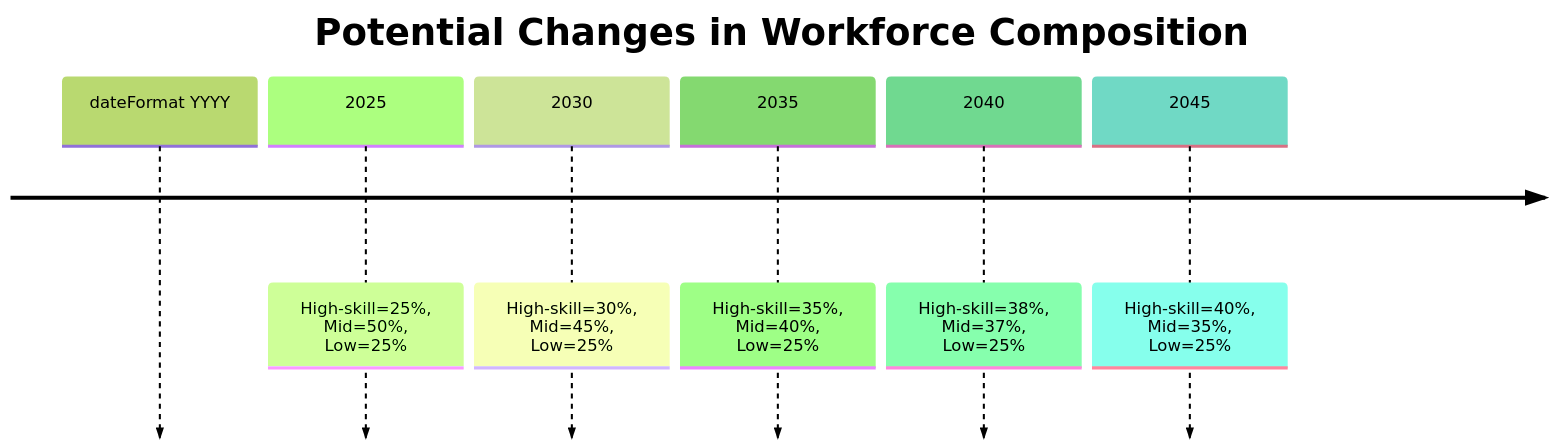
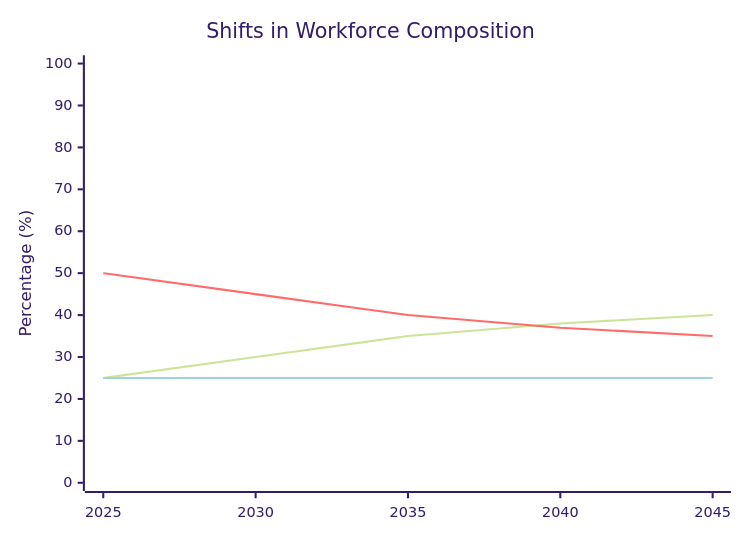
The fourth of 4 diagrams in ai/ai-impact/README.md (andrewmkhoury/notes), drawn with Mermaid (forest theme) before and after one commit. The commit also changed other lines of this file, not shown here.

````diff
--- a/ai/ai-impact/README.md
+++ b/ai/ai-impact/README.md
@@ -195,10 +189,9 @@
 ```mermaid
-timeline
-title Potential Changes in Workforce Composition
-dateFormat YYYY
-2025 : High-skill=25%, Mid=50%, Low=25%
-2030 : High-skill=30%, Mid=45%, Low=25%
-2035 : High-skill=35%, Mid=40%, Low=25%
-2040 : High-skill=38%, Mid=37%, Low=25%
-2045 : High-skill=40%, Mid=35%, Low=25%
+xychart-beta
+    title "Shifts in Workforce Composition"
+    x-axis ["2025", "2030", "2035", "2040", "2045"]
+    y-axis "Percentage (%)" 0 --> 100
+    line "High-skill" [25, 30, 35, 38, 40]
+    line "Mid-skill" [50, 45, 40, 37, 35]
+    line "Low-skill" [25, 25, 25, 25, 25]
 ```
````
